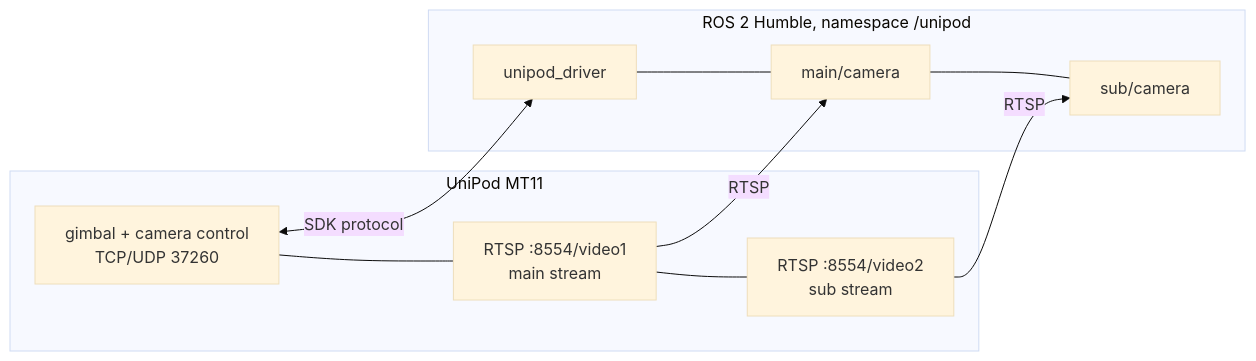
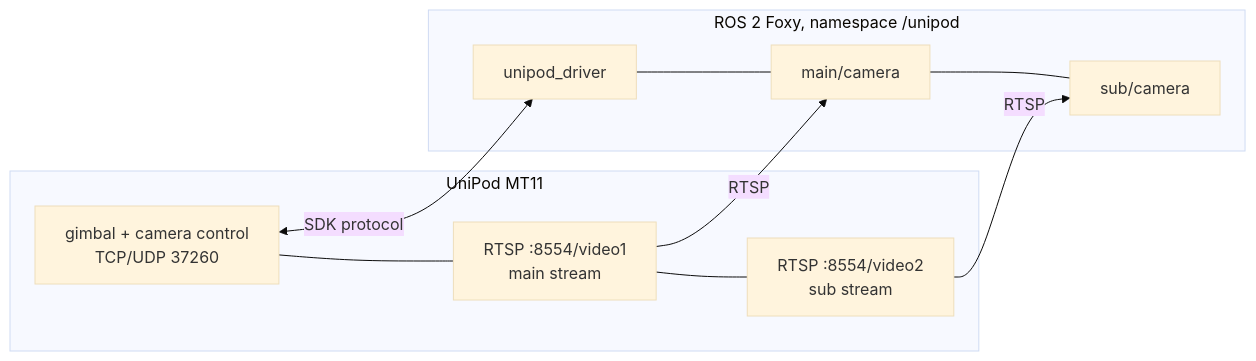
One commit to DarmawanRobotics/unipod_driver changed the diagram in README.md. Above: the diagram before and after it, drawn with Mermaid (base theme). The commit also changed other lines of this file, not shown here.

Commit message:
docs: target foxy and focal in readme

````diff
--- a/README.md
+++ b/README.md
@@ -28,14 +28,14 @@
 ```mermaid
 flowchart LR
     subgraph Pod[UniPod MT11]
         CTL[gimbal + camera control<br/>TCP/UDP 37260] --- V1[RTSP :8554/video1<br/>main stream]
         V1 --- V2[RTSP :8554/video2<br/>sub stream]
     end
-    subgraph ROS[ROS 2 Humble, namespace /unipod]
+    subgraph ROS[ROS 2 Foxy, namespace /unipod]
         DRV[unipod_driver] --- MAIN[main/camera]
         MAIN --- SUB[sub/camera]
     end
     CTL <-- SDK protocol --> DRV
     V1 -- RTSP --> MAIN
     V2 -- RTSP --> SUB
 ```
````
